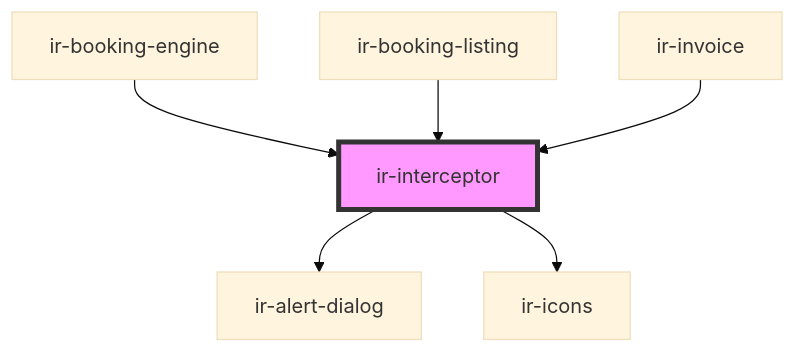
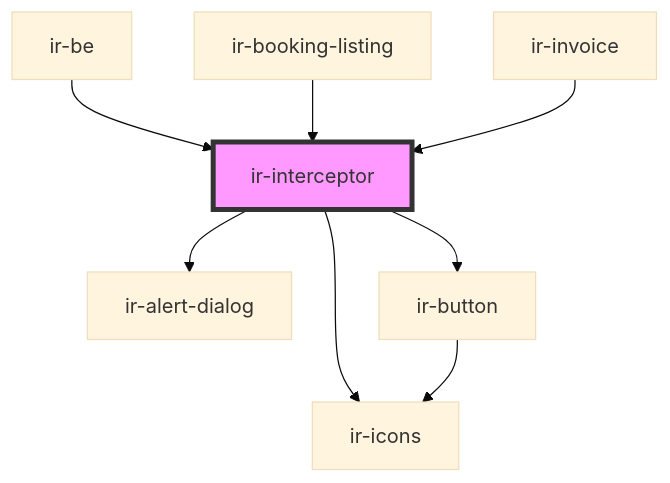
The diagram in src/components/ir-interceptor/readme.md (RonyRizk/ir-be), drawn with Mermaid (base theme) before and after one commit. The commit also changed other lines of this file and 144 other files, not shown here.

````diff
--- a/src/components/ir-interceptor/readme.md
+++ b/src/components/ir-interceptor/readme.md
@@ -29,9 +30,11 @@
 ```mermaid
 graph TD;
   ir-interceptor --> ir-alert-dialog
   ir-interceptor --> ir-icons
-  ir-booking-engine --> ir-interceptor
+  ir-interceptor --> ir-button
+  ir-button --> ir-icons
+  ir-be --> ir-interceptor
   ir-booking-listing --> ir-interceptor
   ir-invoice --> ir-interceptor
   style ir-interceptor fill:#f9f,stroke:#333,stroke-width:4px
 ```
````
